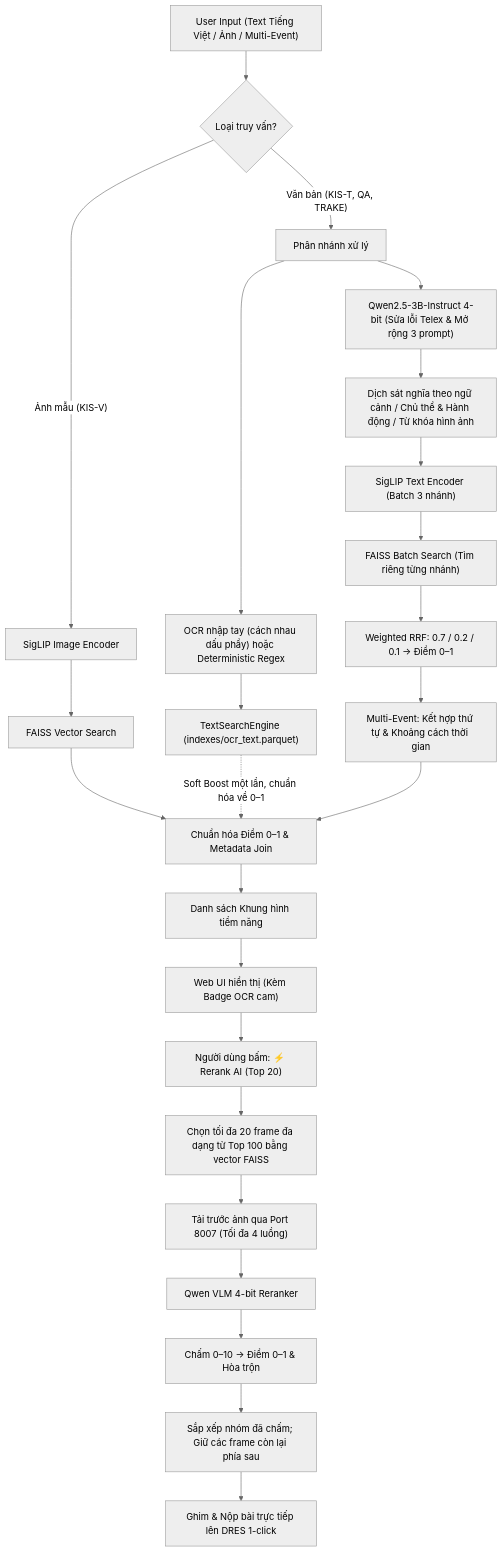
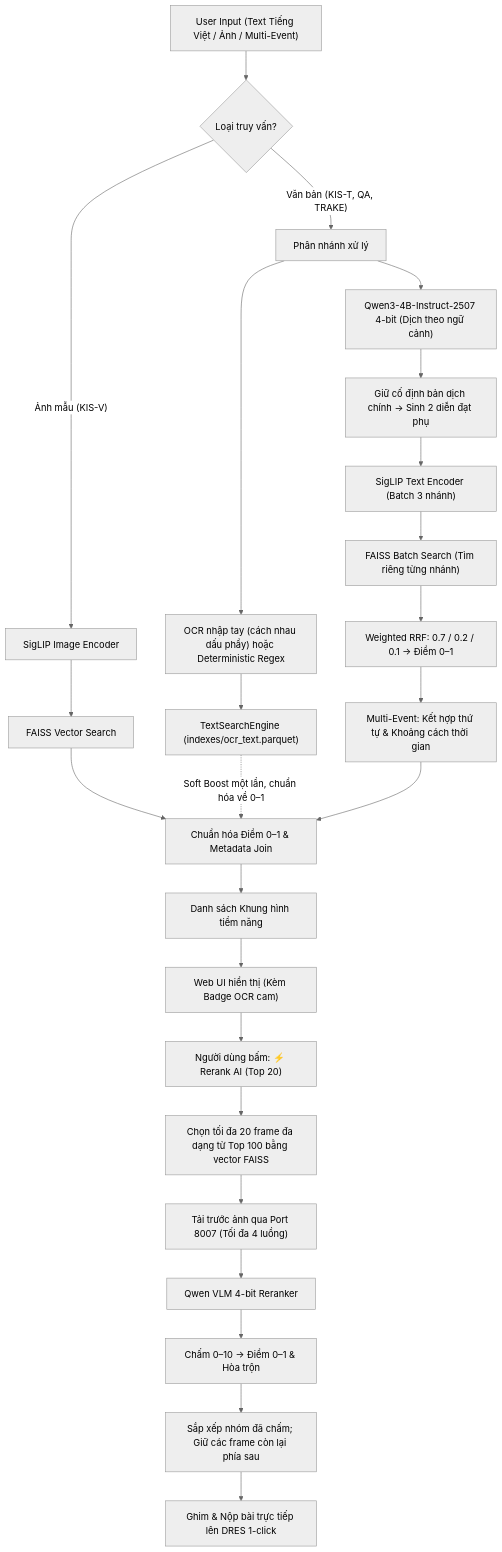
The second of 2 diagrams in README.md (Minhthien2103/AIC-HCMC-26), drawn with Mermaid (neutral theme) before and after one commit. The commit also changed other lines of this file and 13 other files, not shown here.

````diff
--- a/README.md
+++ b/README.md
@@ -87,35 +87,35 @@
 ```mermaid
 flowchart TD
     UserQuery["User Input (Text Tiếng Việt / Ảnh / Multi-Event)"] --> QueryRouter{"Loại truy vấn?"}
     
     QueryRouter -- "Ảnh mẫu (KIS-V)" --> ImageEncoder["SigLIP Image Encoder"]
     ImageEncoder --> FAISSSearch["FAISS Vector Search"]
     
     QueryRouter -- "Văn bản (KIS-T, QA, TRAKE)" --> ParallelStep["Phân nhánh xử lý"]
     
     ParallelStep --> OCRBranch["OCR nhập tay (cách nhau dấu phẩy) hoặc Deterministic Regex"]
     OCRBranch --> OCRSearch["TextSearchEngine (indexes/ocr_text.parquet)"]
     
-    ParallelStep --> SLMBranch["Qwen2.5-3B-Instruct 4-bit (Sửa lỗi Telex & Mở rộng 3 prompt)"]
-    SLMBranch --> QueryVariants["Dịch sát nghĩa theo ngữ cảnh / Chủ thể & Hành động / Từ khóa hình ảnh"]
+    ParallelStep --> SLMBranch["Qwen3-4B-Instruct-2507 4-bit (Dịch theo ngữ cảnh)"]
+    SLMBranch --> QueryVariants["Giữ cố định bản dịch chính → Sinh 2 diễn đạt phụ"]
     QueryVariants --> SigLIPText["SigLIP Text Encoder (Batch 3 nhánh)"]
     SigLIPText --> TextSearch["FAISS Batch Search (Tìm riêng từng nhánh)"]
     TextSearch --> RRF["Weighted RRF: 0.7 / 0.2 / 0.1 → Điểm 0–1"]
     RRF --> Temporal["Multi-Event: Kết hợp thứ tự & Khoảng cách thời gian"]
     Temporal --> ScoreFusion
     
     FAISSSearch --> ScoreFusion["Chuẩn hóa Điểm 0–1 & Metadata Join"]
     OCRSearch -.->|"Soft Boost một lần, chuẩn hóa về 0–1"| ScoreFusion
     
     ScoreFusion --> CandidateList["Danh sách Khung hình tiềm năng"]
     CandidateList --> WebUI["Web UI hiển thị (Kèm Badge OCR cam)"]
     
     WebUI --> VLMRerankBtn["Người dùng bấm: ⚡ Rerank AI (Top 20)"]
     VLMRerankBtn --> DiverseFrames["Chọn tối đa 20 frame đa dạng từ Top 100 bằng vector FAISS"]
     DiverseFrames --> StreamImg["Tải trước ảnh qua Port 8007 (Tối đa 4 luồng)"]
     StreamImg --> VLMModel["Qwen VLM 4-bit Reranker"]
     VLMModel --> VLMScore["Chấm 0–10 → Điểm 0–1 & Hòa trộn"]
     VLMScore --> FinalTop["Sắp xếp nhóm đã chấm; Giữ các frame còn lại phía sau"]
     
     FinalTop --> DRESSubmit["Ghim & Nộp bài trực tiếp lên DRES 1-click"]
 ```
````
